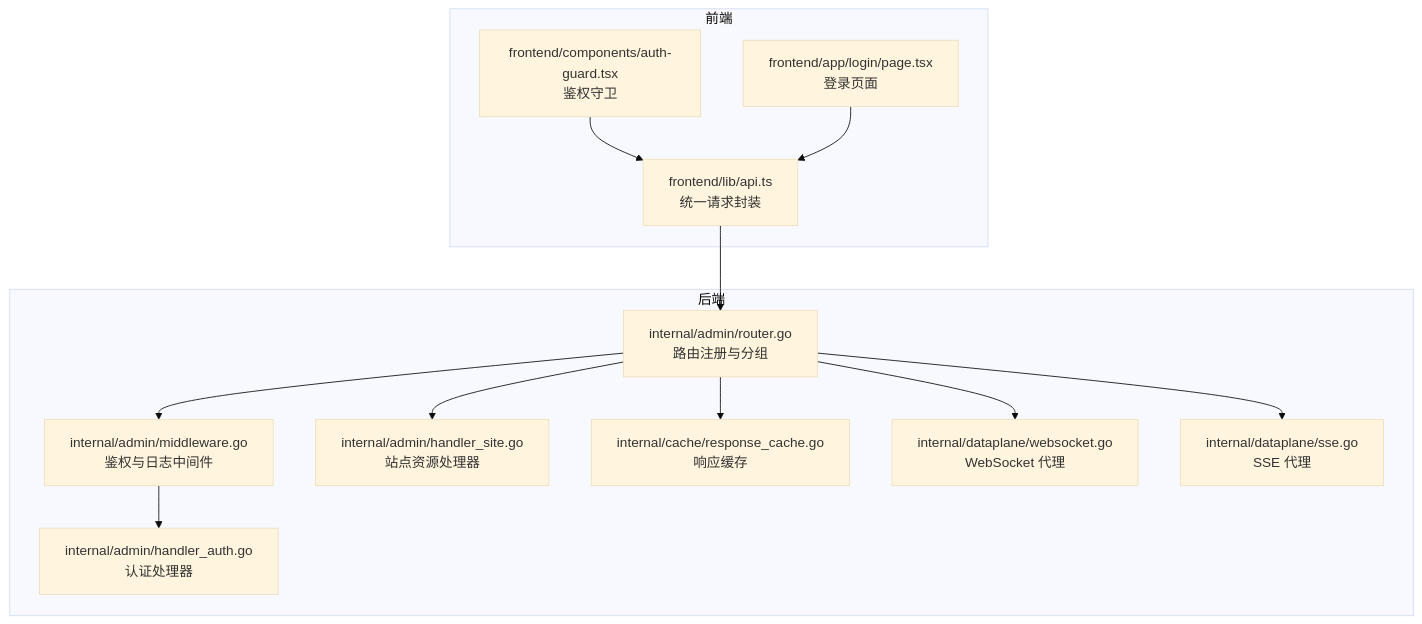
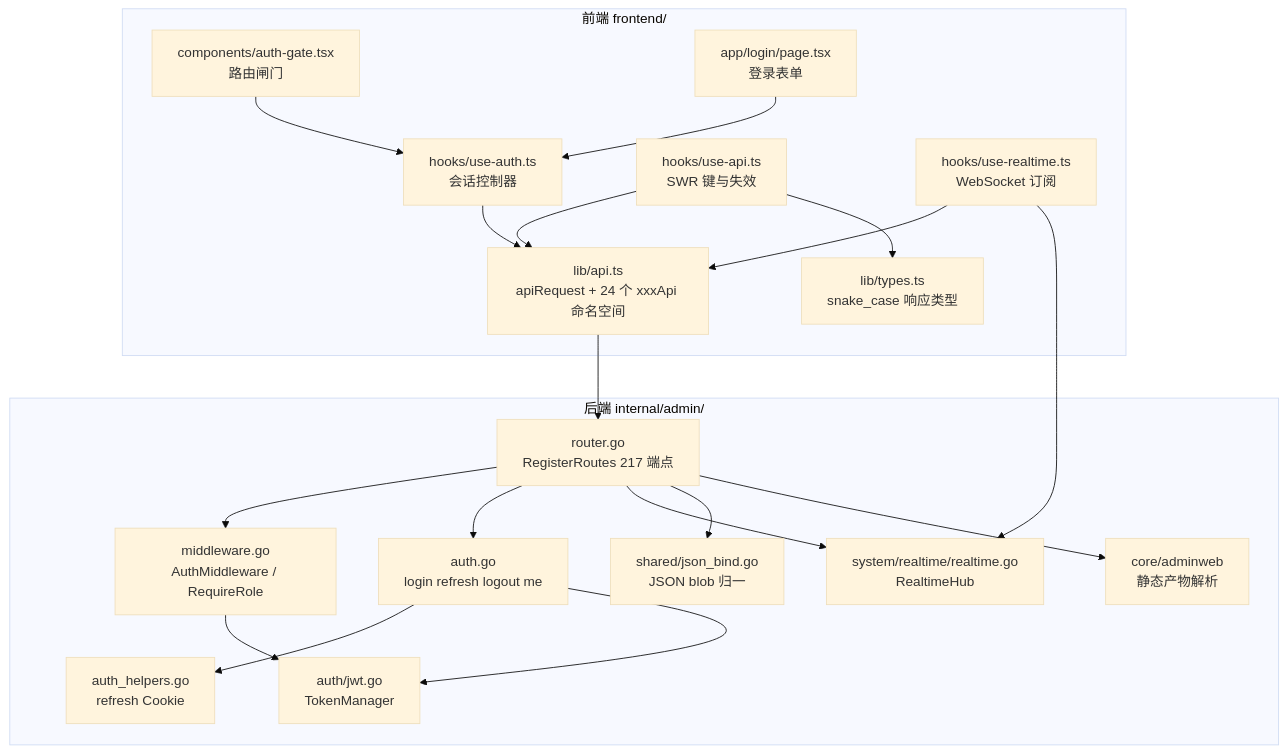
The first of 6 diagrams in docs/前端管理界面/API 集成.md (x01n/My-OpenWaf), drawn with Mermaid (base theme) before and after one commit. The commit also changed other lines of this file and 622 other files, not shown here.

````diff
--- a/docs/前端管理界面/API 集成.md
+++ b/docs/前端管理界面/API 集成.md
@@ -51,26 +83,38 @@
 ```mermaid
 graph TB
-subgraph "前端"
-FE_API["frontend/lib/api.ts<br/>统一请求封装"]
-FE_AUTH["frontend/components/auth-guard.tsx<br/>鉴权守卫"]
-FE_LOGIN["frontend/app/login/page.tsx<br/>登录页面"]
+subgraph FE["前端 frontend/"]
+  APITS["lib/api.ts<br/>apiRequest + 24 个 xxxApi 命名空间"]
+  TYPES["lib/types.ts<br/>snake_case 响应类型"]
+  USEAUTH["hooks/use-auth.ts<br/>会话控制器"]
+  USEAPI["hooks/use-api.ts<br/>SWR 键与失效"]
+  USEREAL["hooks/use-realtime.ts<br/>WebSocket 订阅"]
+  GATE["components/auth-gate.tsx<br/>路由闸门"]
+  LOGIN["app/login/page.tsx<br/>登录表单"]
 end
-subgraph "后端"
-ROUTER["internal/admin/router.go<br/>路由注册与分组"]
-MW["internal/admin/middleware.go<br/>鉴权与日志中间件"]
-AUTH_H["internal/admin/handler_auth.go<br/>认证处理器"]
-SITE_H["internal/admin/handler_site.go<br/>站点资源处理器"]
-CACHE["internal/cache/response_cache.go<br/>响应缓存"]
-WS["internal/dataplane/websocket.go<br/>WebSocket 代理"]
-SSE["internal/dataplane/sse.go<br/>SSE 代理"]
+subgraph BE["后端 internal/admin/"]
+  ROUTER["router.go<br/>RegisterRoutes 217 端点"]
+  MW["middleware.go<br/>AuthMiddleware / RequireRole"]
+  AUTHH["auth.go<br/>login refresh logout me"]
+  HELPERS["auth_helpers.go<br/>refresh Cookie"]
+  JWT["auth/jwt.go<br/>TokenManager"]
+  REAL["system/realtime/realtime.go<br/>RealtimeHub"]
+  BIND["shared/json_bind.go<br/>JSON blob 归一"]
+  WEB["core/adminweb<br/>静态产物解析"]
 end
-FE_API --> ROUTER
-FE_AUTH --> FE_API
-FE_LOGIN --> FE_API
+LOGIN --> USEAUTH
+GATE --> USEAUTH
+USEAUTH --> APITS
+USEAPI --> APITS
+USEREAL --> APITS
+USEAPI --> TYPES
+APITS --> ROUTER
+USEREAL --> REAL
 ROUTER --> MW
-MW --> AUTH_H
-ROUTER --> SITE_H
-ROUTER --> CACHE
-ROUTER --> WS
-ROUTER --> SSE
+MW --> JWT
+ROUTER --> AUTHH
+AUTHH --> HELPERS
+AUTHH --> JWT
+ROUTER --> REAL
+ROUTER --> BIND
+ROUTER --> WEB
 ```
````
